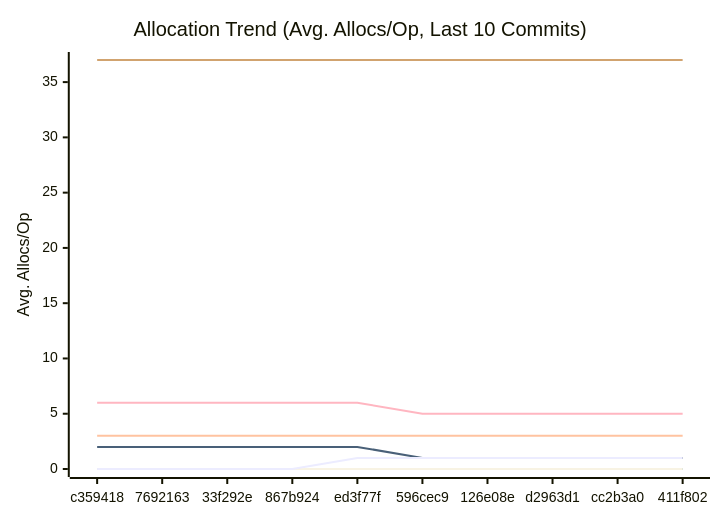
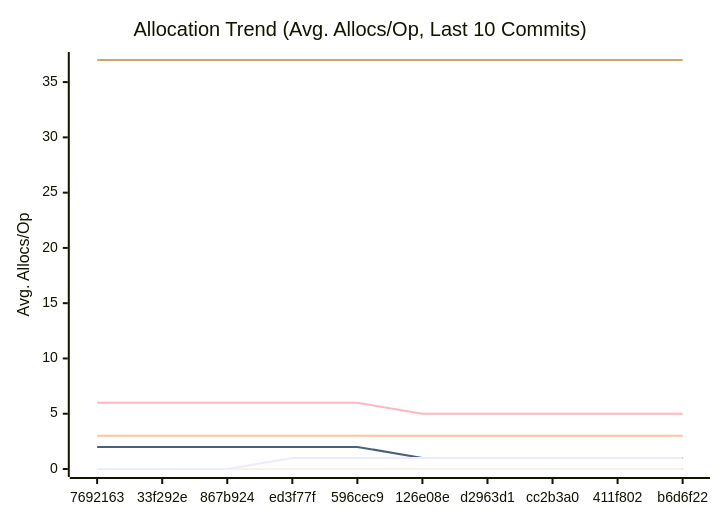
One commit to alsotoes/momo changed the third of 3 diagrams in docs/PERFORMANCE.md. Above: the diagram before and after it, drawn with Mermaid. The commit also changed other lines of this file and 3 other files, not shown here.

````diff
--- a/docs/PERFORMANCE.md
+++ b/docs/PERFORMANCE.md
@@ -176,18 +176,18 @@
 ```mermaid
 xychart-beta
     title "Allocation Trend (Avg. Allocs/Op, Last 10 Commits)"
     x-axis "Commit"
     y-axis "Avg. Allocs/Op"
-    x-axis [c359418,7692163,33f292e,867b924,ed3f77f,596cec9,126e08e,d2963d1,cc2b3a0,411f802]
+    x-axis [7692163,33f292e,867b924,ed3f77f,596cec9,126e08e,d2963d1,cc2b3a0,411f802,b6d6f22]
     line "CheckMetricsAndSwap" [0,0,0,0,0,0,0,0,0,0]
     line "CrushOptimized" [0,0,0,0,0,0,0,0,0,0]
     line "CrushOriginal" [3,3,3,3,3,3,3,3,3,3]
     line "IndexDirectTracking" [0,0,0,0,0,0,0,0,0,0]
     line "IndexSearch" [0,0,0,0,0,0,0,0,0,0]
     line "LoadGlobalConfig" [37,37,37,37,37,37,37,37,37,37]
     line "PadString" [0,0,0,0,0,0,0,0,0,0]
     line "ParseReplicationOrder_NoPrealloc" [6,6,6,6,6,5,5,5,5,5]
     line "ParseReplicationOrder_Prealloc" [2,2,2,2,2,1,1,1,1,1]
     line "SanitizeLog/Safe" [0,0,0,0,0,0,0,0,0,0]
-    line "SanitizeLog/Unsafe" [0,0,0,0,1,1,1,1,1,1]
+    line "SanitizeLog/Unsafe" [0,0,0,1,1,1,1,1,1,1]
 ```
````
